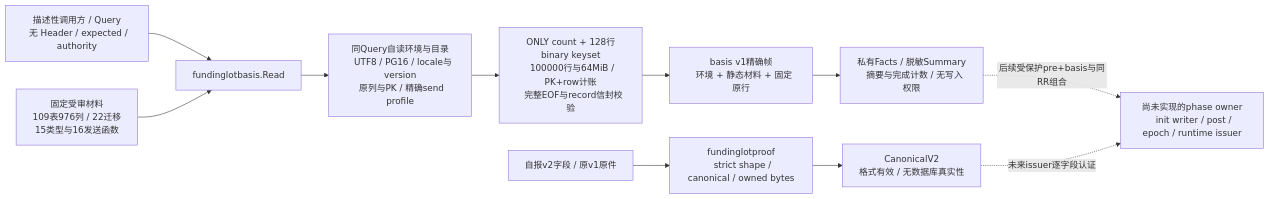
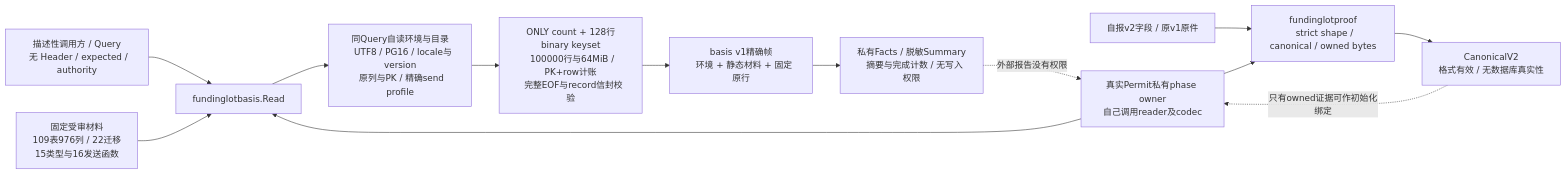
Before and after one commit to workhold/moni-aigate: diagram 17 of 19 in docs/architecture/README.md, drawn with Mermaid. The commit also changed other lines of this file and 51 other files, not shown here.

````diff
--- a/docs/architecture/README.md
+++ b/docs/architecture/README.md
@@ -1118,25 +1127,27 @@
 ```mermaid
 flowchart LR
   Caller[描述性调用方 / Query
   无 Header / expected / authority] --> Basis[fundinglotbasis.Read]
   Static[固定受审材料
   109表976列 / 22迁移
   15类型与16发送函数] --> Basis
   Basis --> Meta[同Query自读环境与目录
   UTF8 / PG16 / locale与version
   原列与PK / 精确send profile]
   Meta --> Read[ONLY count + 128行binary keyset
   100000行与64MiB / PK+row计账
   完整EOF与record信封校验]
   Read --> Hash[basis v1精确帧
   环境 + 静态材料 + 固定原行]
   Hash --> Facts[私有Facts / 脱敏Summary
   摘要与完成计数 / 无写入权限]
   Input[自报v2字段 / 原v1原件] --> Codec[fundinglotproof
   strict shape / canonical / owned bytes]
   Codec --> Format[CanonicalV2
   格式有效 / 无数据库真实性]
-  Facts -. 后续受保护pre+basis与同RR组合 .-> Future[尚未实现的phase owner
-  init writer / post / epoch / runtime issuer]
-  Format -. 未来issuer逐字段认证 .-> Future
+  Owned[真实Permit私有phase owner
+自己调用reader及codec] --> Basis
+  Owned --> Codec
+  Facts -. 外部报告没有权限 .-> Owned
+  Format -. 只有owned证据可作初始化绑定 .-> Owned
 ```
````
